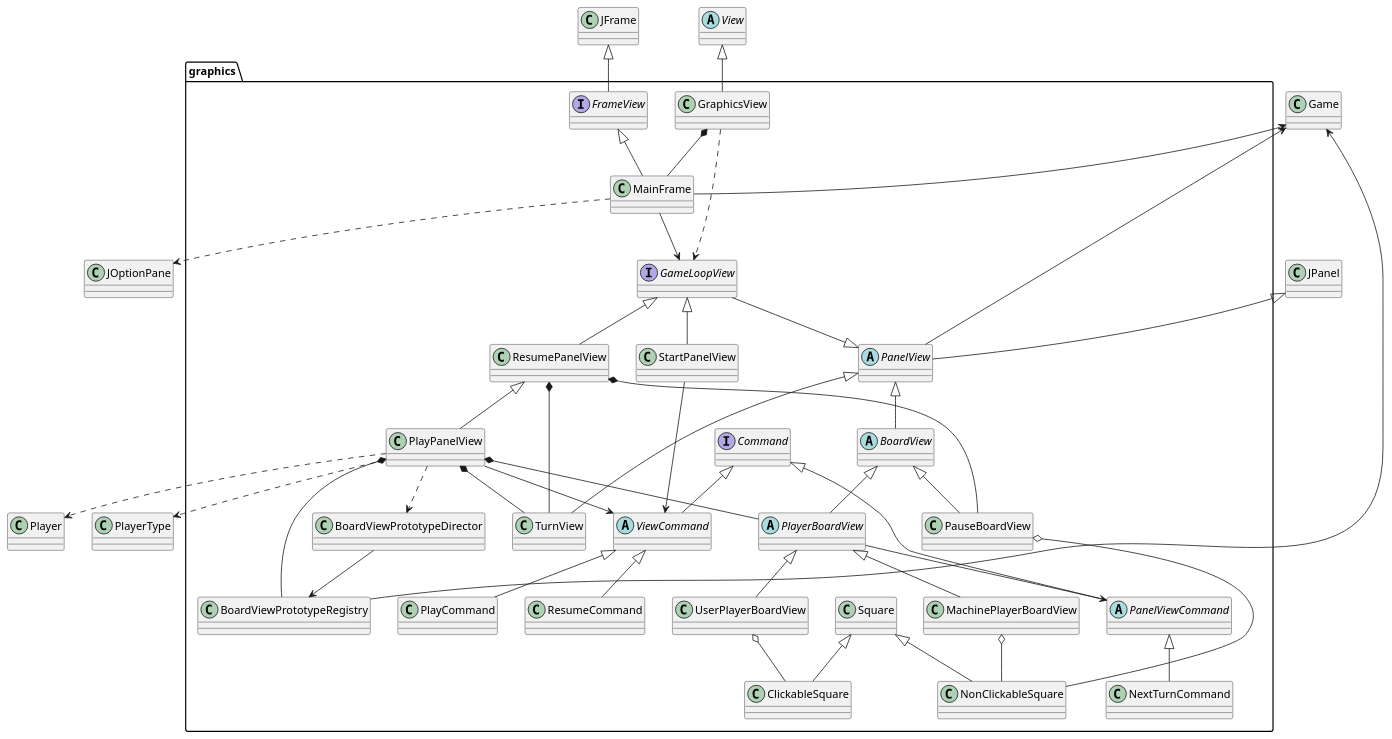
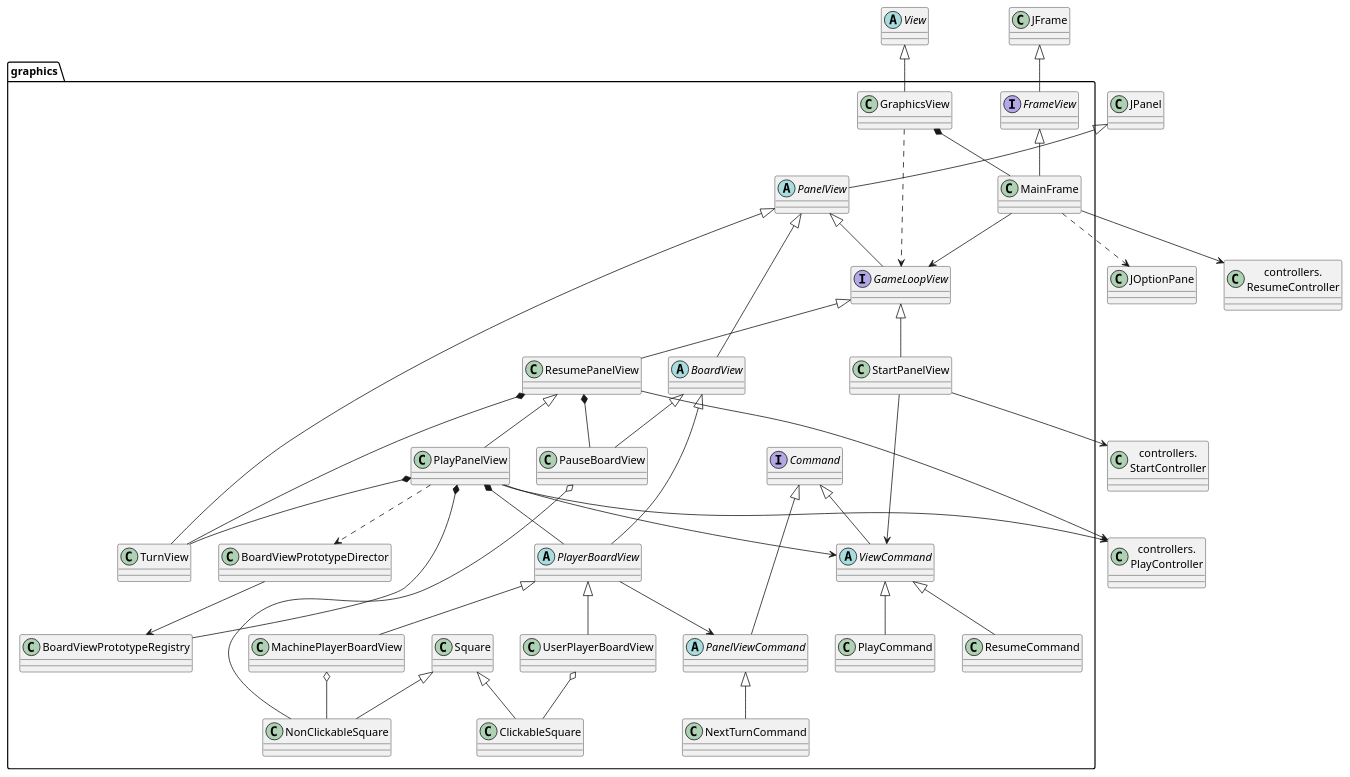
The diagram in connect4/Docs/diagrams/src/packages/connect4.connect4.views.graphics.plantuml (js-rom/connect4), drawn with PlantUML before and after one commit. The commit also changed 5 other files, not shown here.

Commit message:
docs(Graphics): update graphics class diagram

```diff
--- a/connect4/Docs/diagrams/src/packages/connect4.connect4.views.graphics.plantuml
+++ b/connect4/Docs/diagrams/src/packages/connect4.connect4.views.graphics.plantuml
@@ -1,88 +1,93 @@
 @startuml connect4.connect4.views.graphics
 interface graphics.FrameView
 class graphics.MainFrame
 interface graphics.GameLoopView
 abstract class graphics.BoardView
 class graphics.BoardViewPrototypeDirector
 class graphics.BoardViewPrototypeRegistry
 interface graphics.Command
 abstract class graphics.PanelViewCommand
 abstract class graphics.ViewCommand
 class graphics.GraphicsView
 class graphics.MachinePlayerBoardView
 class graphics.NextTurnCommand
 class graphics.PlayCommand
 class graphics.PlayPanelView
 class graphics.ResumePanelView
 class graphics.ResumeCommand
 class graphics.Square
 class graphics.ClickableSquare
 class graphics.NonClickableSquare
 class graphics.StartPanelView
 class graphics.TurnView
 class graphics.UserPlayerBoardView
 class graphics.PauseBoardView
 abstract class graphics.PanelView
 abstract class graphics.PlayerBoardView
 
 class JFrame
 JFrame <|-- FrameView
 FrameView <|-- MainFrame
 GraphicsView *-- MainFrame
-class Game
+class ResumeController as "controllers.\nResumeController"
+
+MainFrame --> ResumeController
+
+class StartController as "controllers.\nStartController"
+
+StartPanelView --> StartController
+
+class PlayController as "controllers.\nPlayController"
+
+PlayPanelView --> PlayController
+
+ResumePanelView --> PlayController
 
 abstract class View
 View <|-- GraphicsView
 
 class JOptionPane
 MainFrame ..> JOptionPane
 
 JPanel <|-- PanelView
-GameLoopView --|> PanelView
+PanelView <|-- GameLoopView
 GameLoopView <|-- StartPanelView
 ResumePanelView <|-- PlayPanelView
 GameLoopView <|-- ResumePanelView
 PanelView <|-- BoardView
 PanelView <|-- TurnView
-
-Game <-- MainFrame
-Game <-- PanelView
-Game <-- BoardViewPrototypeRegistry
 
 GraphicsView ..> GameLoopView
 MainFrame --> GameLoopView
 
 PlayPanelView *-- PlayerBoardView
 PlayPanelView *-- TurnView
 PlayPanelView *-- BoardViewPrototypeRegistry
 PlayPanelView ..> BoardViewPrototypeDirector
 BoardViewPrototypeDirector --> BoardViewPrototypeRegistry
-class Player
-class PlayerType
-PlayPanelView ..> Player
-PlayPanelView ..> PlayerType
+
 ResumePanelView *-- PauseBoardView
 ResumePanelView *-- TurnView
 
 StartPanelView --> ViewCommand
 PlayPanelView --> ViewCommand
 
 Command <|-- PanelViewCommand
 PanelViewCommand <|-- NextTurnCommand
 Command <|-- ViewCommand
 ViewCommand <|-- PlayCommand
 ViewCommand <|-- ResumeCommand
 
 BoardView <|-- PlayerBoardView
 PlayerBoardView <|-- MachinePlayerBoardView
 PlayerBoardView <|-- UserPlayerBoardView
 BoardView <|-- PauseBoardView
 MachinePlayerBoardView o-- NonClickableSquare
 UserPlayerBoardView o-- ClickableSquare
 PauseBoardView o-- NonClickableSquare
 Square <|-- ClickableSquare
 Square <|-- NonClickableSquare
 
 PlayerBoardView --> PanelViewCommand
 
 @enduml
```
